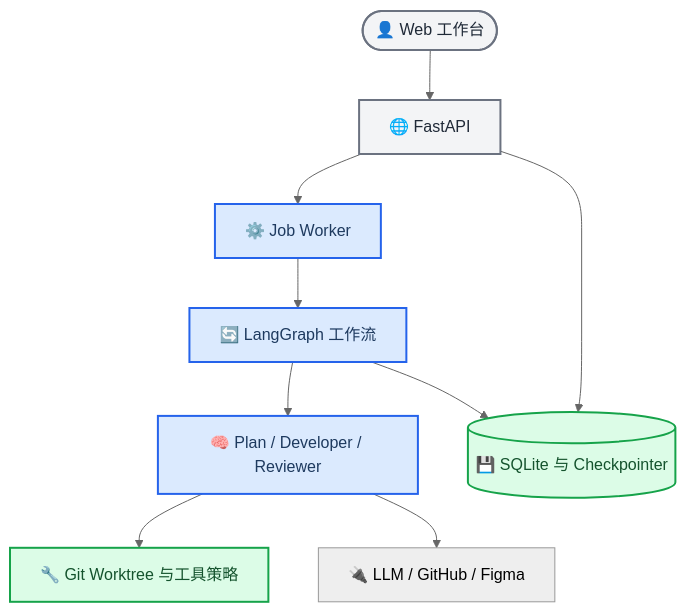
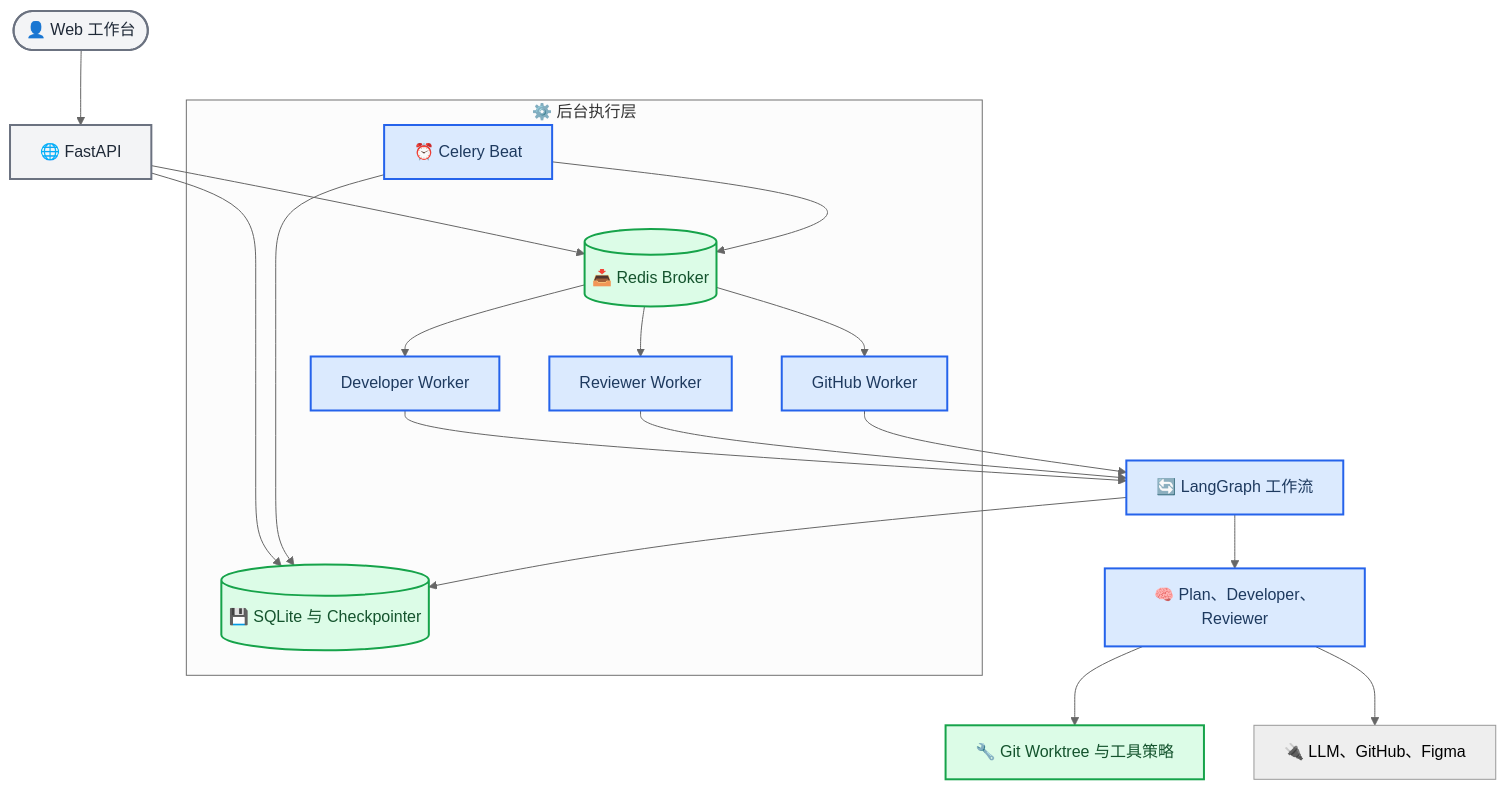
One commit to jeff-jayden/auto_dev_agent changed the second of 3 diagrams in README.md. Above: the diagram before and after it, drawn with Mermaid (neutral theme). The commit also changed other lines of this file and 14 other files, not shown here.

````diff
--- a/README.md
+++ b/README.md
@@ -85,22 +85,33 @@
 ```mermaid
 flowchart TB
     accTitle: AI Dev Agent 系统架构
-    accDescr: 展示浏览器、FastAPI、后台 Worker、LangGraph、Agent 层、SQLite、Git Worktree 和外部集成之间的关系
+    accDescr: 展示 FastAPI 保存业务 Job 后经 Redis 分发到独立 Celery Worker，再由 LangGraph 按顺序调用 Agent 和 Git 工作区的流程
 
     web([👤 Web 工作台]) --> api[🌐 FastAPI]
-    api --> worker[⚙️ Job Worker]
-    worker --> workflow_graph[🔄 LangGraph 工作流]
-    workflow_graph --> agents[🧠 Plan / Developer / Reviewer]
-    workflow_graph --> database[(💾 SQLite 与 Checkpointer)]
+    api --> database[(💾 SQLite 与 Checkpointer)]
+    api --> redis[(📥 Redis Broker)]
+
+    subgraph execution_layer ["⚙️ 后台执行层"]
+        redis --> development_worker[Developer Worker]
+        redis --> review_worker[Reviewer Worker]
+        redis --> github_worker[GitHub Worker]
+        beat[⏰ Celery Beat] --> redis
+        beat --> database
+    end
+
+    development_worker --> workflow_graph[🔄 LangGraph 工作流]
+    review_worker --> workflow_graph
+    github_worker --> workflow_graph
+    workflow_graph --> agents[🧠 Plan、Developer、Reviewer]
+    workflow_graph --> database
     agents --> workspace[🔧 Git Worktree 与工具策略]
-    agents --> integrations[🔌 LLM / GitHub / Figma]
-    api --> database
+    agents --> integrations[🔌 LLM、GitHub、Figma]
 
     classDef interface fill:#f3f4f6,stroke:#6b7280,stroke-width:2px,color:#1f2937
     classDef engine fill:#dbeafe,stroke:#2563eb,stroke-width:2px,color:#1e3a5f
     classDef data fill:#dcfce7,stroke:#16a34a,stroke-width:2px,color:#14532d
 
     class web,api interface
-    class worker,workflow_graph,agents engine
-    class database,workspace data
+    class development_worker,review_worker,github_worker,beat,workflow_graph,agents engine
+    class database,redis,workspace data
 ```
````
